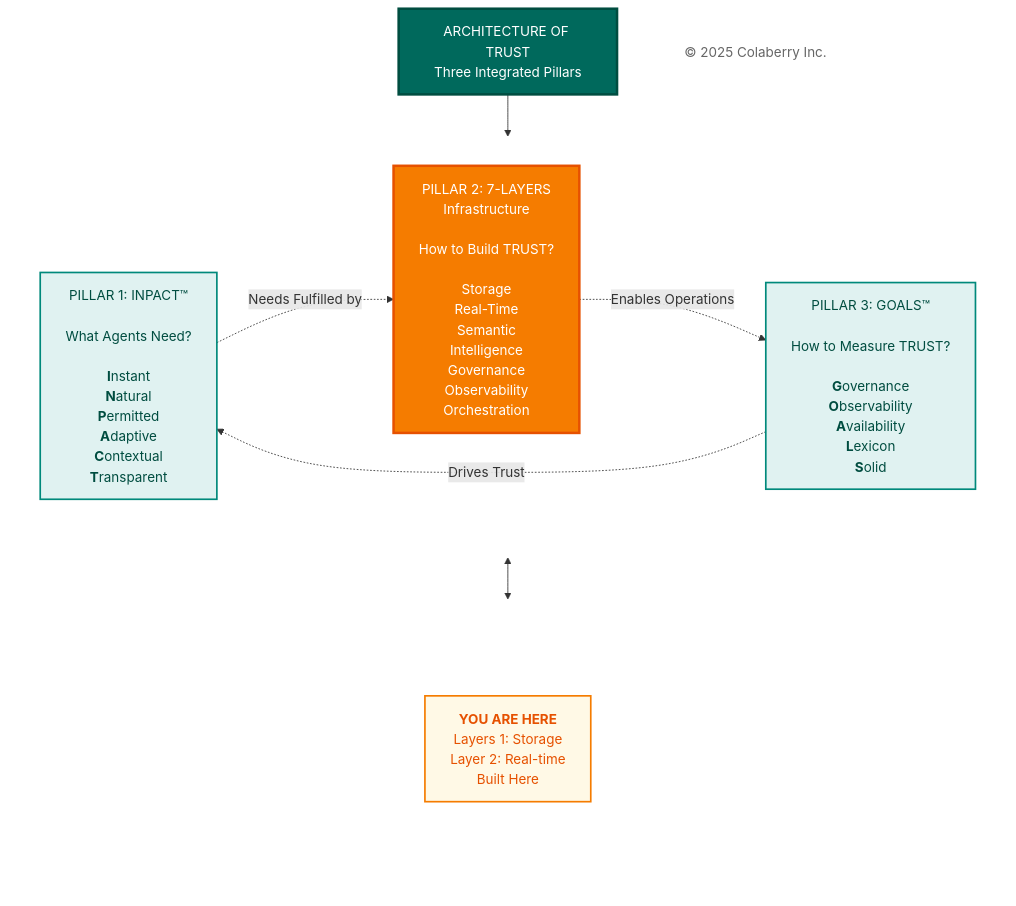
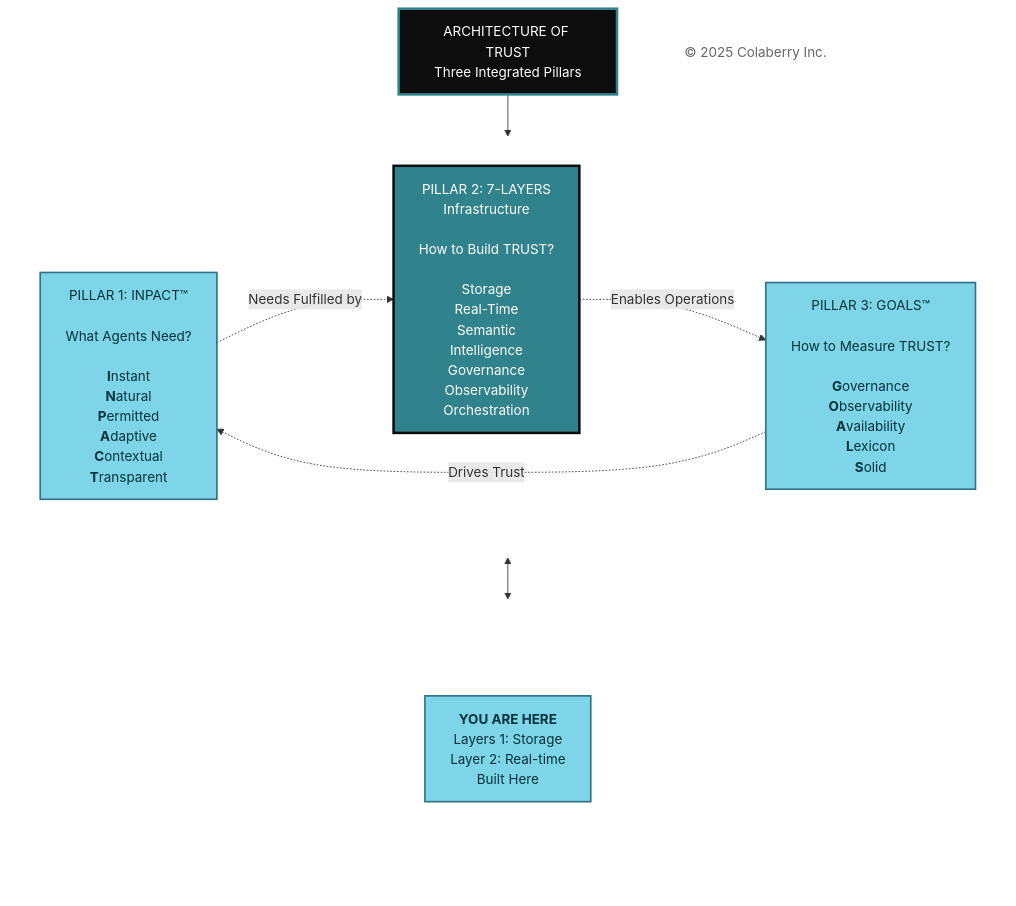
Before and after one commit to saitejesh-cyber/trust-before-intelligence-book: the second of 11 diagrams in manuscript/05_chapter_4_foundation_layers.md, drawn with Mermaid. The commit also changed other lines of this file, not shown here.

Commit message:
Update mermaid diagrams as per new coloberry color and contrast ratio for chapter 5

````diff
--- a/manuscript/05_chapter_4_foundation_layers.md
+++ b/manuscript/05_chapter_4_foundation_layers.md
@@ -53,43 +54,43 @@
 ```mermaid
 
 graph TB
     Title["ARCHITECTURE OF TRUST<br/>Three Integrated Pillars"]
     
     subgraph PILLARS[" "]
         direction LR
         INPACT["`PILLAR 1: INPACT™<br/><br/>What Agents Need?<br/><br/>**I**nstant<br/>**N**atural<br/>**P**ermitted<br/>**A**daptive<br/>**C**ontextual<br/>**T**ransparent`"]
         
         Layers["PILLAR 2: 7-LAYERS<br/>Infrastructure<br/><br/>How to Build TRUST?<br/><br/>Storage<br/>Real-Time<br/>Semantic<br/>Intelligence<br/>Governance<br/>Observability<br/>Orchestration"]
         
         GOALS["`PILLAR 3: GOALS™<br/><br/>How to Measure TRUST?<br/><br/>**G**overnance<br/>**O**bservability<br/>**A**vailability<br/>**L**exicon<br/>**S**olid`"]
     end
     
     subgraph INDICATOR[" "]
         direction LR
         Spacer1[" "]
         YouAreHere["<b>YOU ARE HERE</b><br/>Layers 1: Storage <br/> Layer 2: Real-time<br/> Built Here"]
         Spacer2[" "]
     end
     
     Copyright["© 2025 Colaberry Inc."]
     
     Title --> PILLARS
     PILLARS <--> INDICATOR
     
     INPACT -.->|"Needs Fulfilled by"| Layers
     Layers -.->|"Enables Operations"| GOALS
     GOALS -.->|"Drives Trust"| INPACT
 
-    style Title fill:#00695c,color:#ffffff,stroke:#004d40,stroke-width:3px
+    style Title fill:#0D0D0D,color:#ffffff,stroke:#30838C,stroke-width:3px
     style PILLARS fill:none,stroke:none
     style INDICATOR fill:none,stroke:none
-    style INPACT fill:#e0f2f1,stroke:#00897b,stroke-width:2px,color:#004d40
-    style Layers fill:#f57c00,stroke:#e65100,stroke-width:3px,color:#ffffff
-    style GOALS fill:#e0f2f1,stroke:#00897b,stroke-width:2px,color:#004d40
+    style INPACT fill:#7FD5E8,stroke:#32738C,stroke-width:2px,color:#00323D
+    style Layers fill:#30838C,stroke:#0D0D0D,stroke-width:3px,color:#ffffff
+    style GOALS fill:#7FD5E8,stroke:#32738C,stroke-width:2px,color:#00323D
     style Spacer1 fill:none,stroke:none,color:transparent
-    style YouAreHere fill:#fff9e6,stroke:#f57c00,stroke-width:2px,color:#e65100
+    style YouAreHere fill:#7FD5E8,stroke:#32738C,stroke-width:2px,color:#00323D
     style Spacer2 fill:none,stroke:none,color:transparent
     style Copyright fill:#ffffff,stroke:none,color:#666666
 
 
 ```
````
